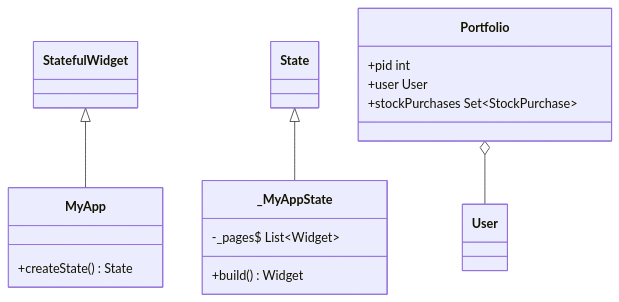
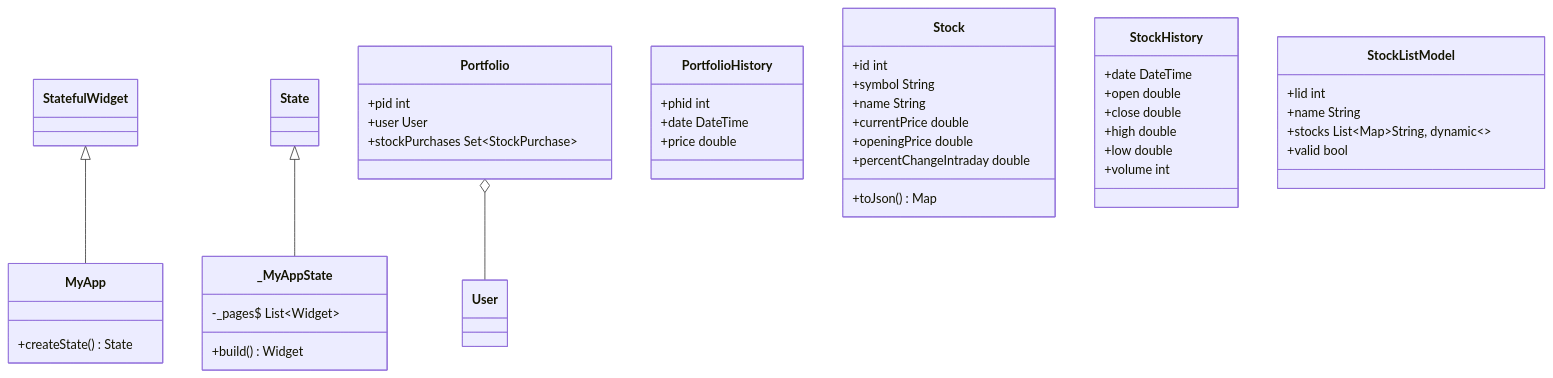
The diagram in README.md (rednas-source/ExpensesApp), drawn with Mermaid before and after one commit.

````diff
--- a/README.md
+++ b/README.md
@@ -21,17 +21,45 @@
 ```mermaid
 classDiagram
 class MyApp
 MyApp : +createState() State<MyApp>
 StatefulWidget <|-- MyApp
 
 class _MyAppState
 _MyAppState : -_pages$ List~Widget~
 _MyAppState : +build() Widget
 State <|-- _MyAppState
 
 class Portfolio
 Portfolio : +pid int
 Portfolio : +user User
 Portfolio o-- User
 Portfolio : +stockPurchases Set~StockPurchase~
+
+class PortfolioHistory
+PortfolioHistory : +phid int
+PortfolioHistory : +date DateTime
+PortfolioHistory : +price double
+
+class Stock
+Stock : +id int
+Stock : +symbol String
+Stock : +name String
+Stock : +currentPrice double
+Stock : +openingPrice double
+Stock : +percentChangeIntraday double
+Stock : +toJson() Map<String, dynamic>
+
+class StockHistory
+StockHistory : +date DateTime
+StockHistory : +open double
+StockHistory : +close double
+StockHistory : +high double
+StockHistory : +low double
+StockHistory : +volume int
+
+class StockListModel
+StockListModel : +lid int
+StockListModel : +name String
+StockListModel : +stocks List~Map~String, dynamic~~
+StockListModel : +valid bool
 ```
````
